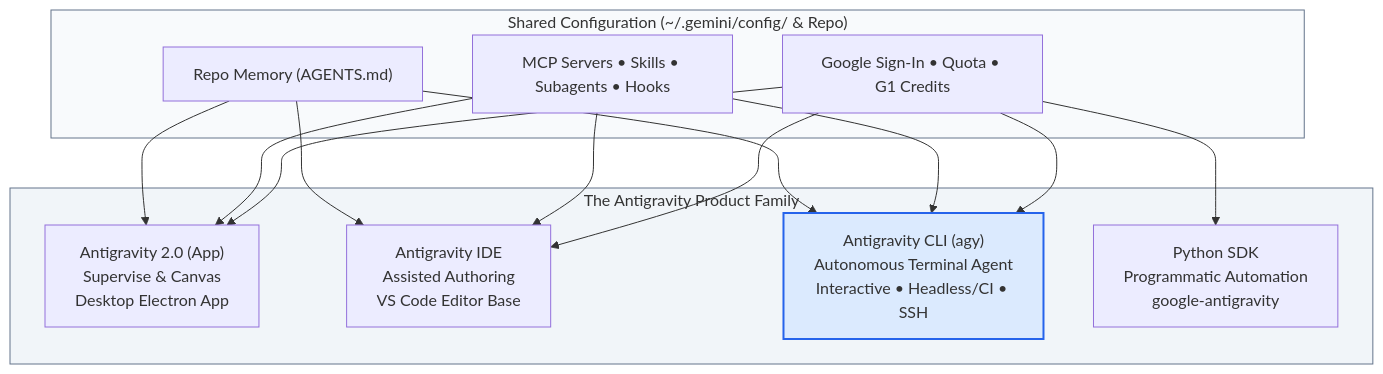
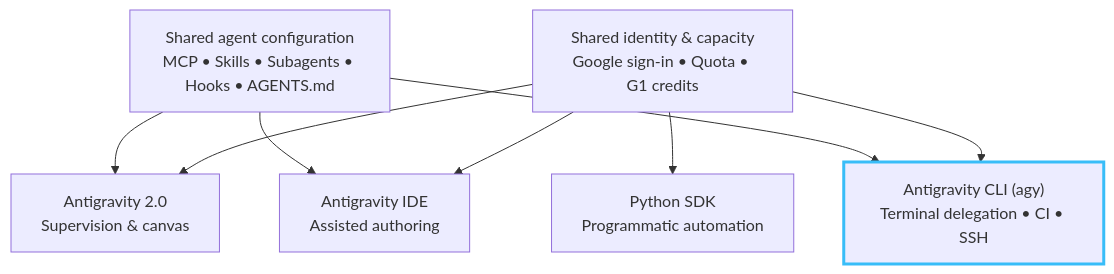
The first of 5 diagrams in slides.md (kousen/antigravity-training), drawn with Mermaid before and after one commit. The commit also changed other lines of this file, not shown here.

````diff
--- a/slides.md
+++ b/slides.md
@@ -181,32 +175,16 @@
-```mermaid
-graph TD
-    subgraph Config ["Shared Configuration (~/.gemini/config/ & Repo)"]
-        Auth["Google Sign-In • Quota • G1 Credits"]
-        Custom["MCP Servers • Skills • Subagents • Hooks"]
-        Rules["Repo Memory (AGENTS.md)"]
-    end
+```mermaid {scale: 0.72}
+flowchart TB
+    Identity["Shared identity & capacity<br/>Google sign-in • Quota • G1 credits"]
+    Context["Shared agent configuration<br/>MCP • Skills • Subagents • Hooks • AGENTS.md"]
 
-    subgraph Products ["The Antigravity Product Family"]
-        App["Antigravity 2.0 (App)<br/>Supervise & Canvas<br/>Desktop Electron App"]
-        IDE["Antigravity IDE<br/>Assisted Authoring<br/>VS Code Editor Base"]
-        CLI["Antigravity CLI (agy)<br/>Autonomous Terminal Agent<br/>Interactive • Headless/CI • SSH"]
-        SDK["Python SDK<br/>Programmatic Automation<br/>google-antigravity"]
-    end
+    App["Antigravity 2.0<br/>Supervision & canvas"]
+    IDE["Antigravity IDE<br/>Assisted authoring"]
+    CLI["Antigravity CLI (agy)<br/>Terminal delegation • CI • SSH"]
+    SDK["Python SDK<br/>Programmatic automation"]
 
-    Auth --> App
-    Auth --> IDE
-    Auth --> CLI
-    Auth --> SDK
+    Identity --> App & IDE & CLI & SDK
+    Context --> App & IDE & CLI
 
-    Custom --> App
-    Custom --> IDE
-    Custom --> CLI
-
-    Rules --> App
-    Rules --> IDE
-    Rules --> CLI
-
-    style Config fill:#f8fafc,stroke:#64748b,stroke-width:1px
-    style Products fill:#f1f5f9,stroke:#64748b,stroke-width:1px
-    style CLI fill:#dbeafe,stroke:#2563eb,stroke-width:2px
+    class CLI focus
+    classDef focus stroke:#38bdf8,stroke-width:3px
 ```
````
